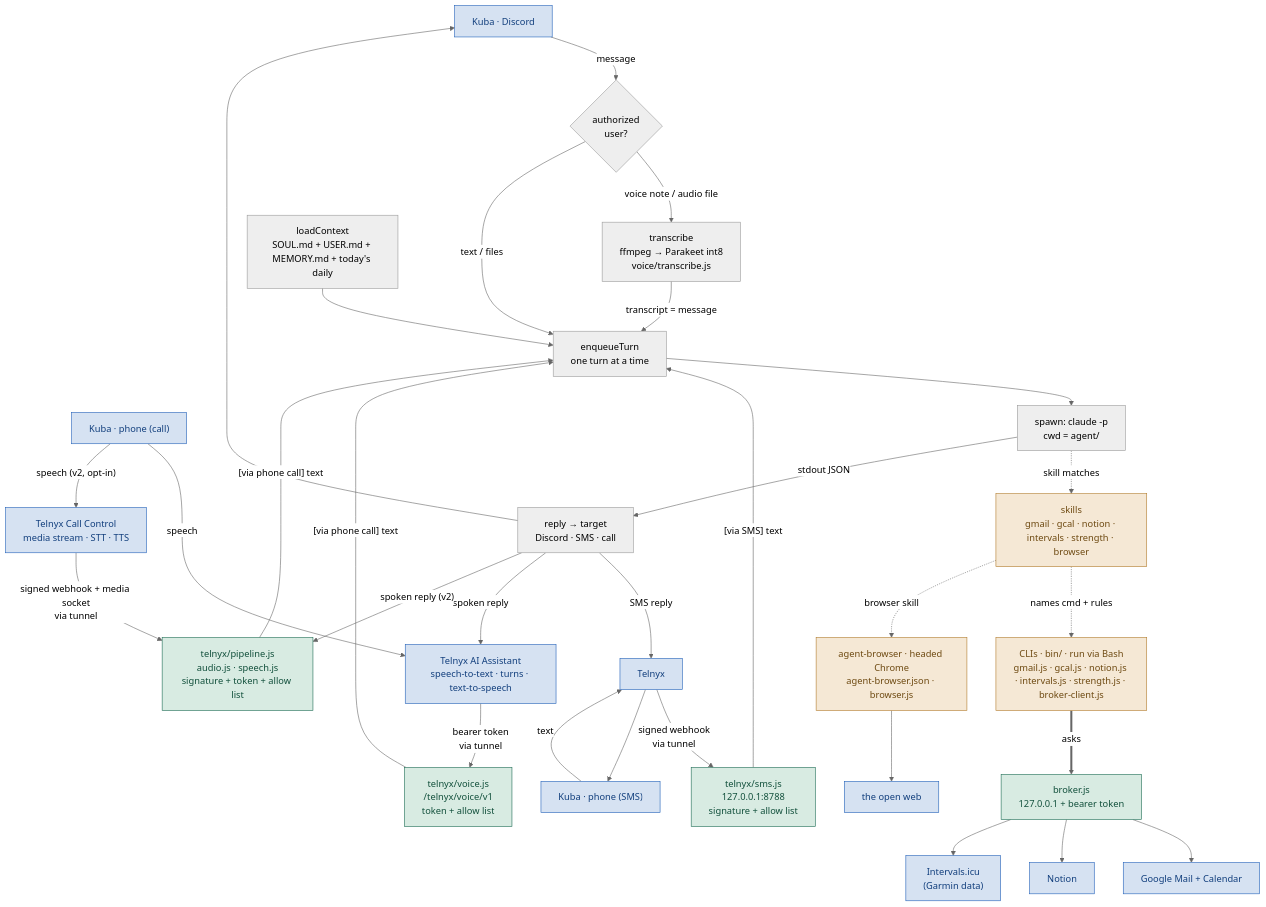
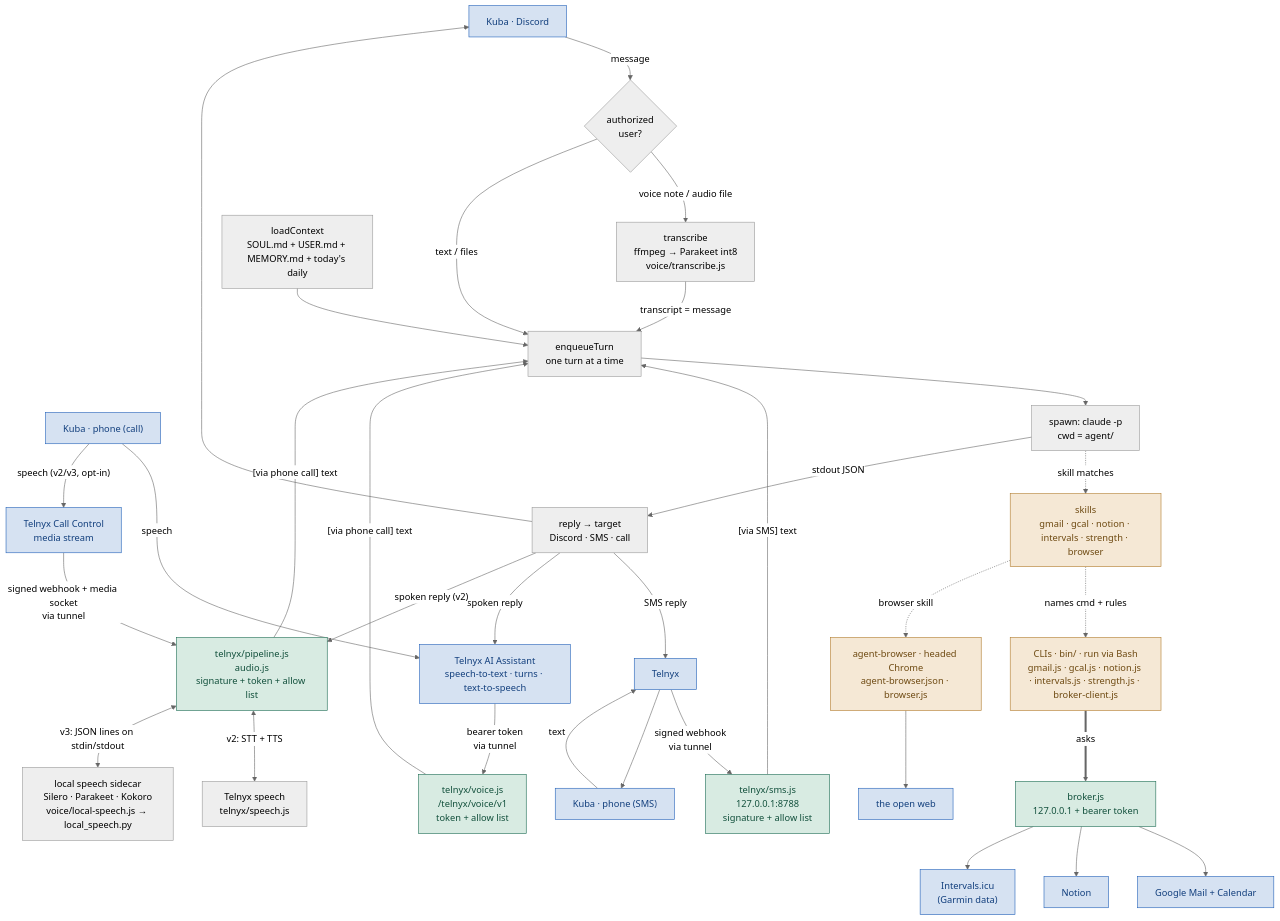
The first of 6 diagrams in SYSTEM-MAP.md (KubaJerz/alfred-node), drawn with Mermaid (neutral theme) before and after one commit. The commit also changed other lines of this file and 3 other files, not shown here.

First line of the commit message:
docs: add the v3 local speech design and a model self-test

````diff
--- a/SYSTEM-MAP.md
+++ b/SYSTEM-MAP.md
@@ -57,38 +57,40 @@
 ```mermaid
 flowchart TD
     U["Kuba · Discord"] -->|message| GATE{"authorized<br/>user?"}
     GATE -->|"voice note / audio file"| TR["transcribe<br/>ffmpeg → Parakeet int8<br/>voice/transcribe.js"]
     TR -->|"transcript = message"| Q
     GATE -->|"text / files"| Q["enqueueTurn<br/>one turn at a time"]
     PH["Kuba · phone (SMS)"] -->|text| TX["Telnyx"]
     TX -->|"signed webhook<br/>via tunnel"| WH["telnyx/sms.js<br/>127.0.0.1:8788<br/>signature + allow list"]
     WH -->|"[via SMS] text"| Q
     CALL["Kuba · phone (call)"] -->|speech| VA["Telnyx AI Assistant<br/>speech-to-text · turns · text-to-speech"]
     VA -->|"bearer token<br/>via tunnel"| VR["telnyx/voice.js<br/>/telnyx/voice/v1<br/>token + allow list"]
     VR -->|"[via phone call] text"| Q
-    CALL -->|"speech (v2, opt-in)"| CC["Telnyx Call Control<br/>media stream · STT · TTS"]
-    CC -->|"signed webhook + media socket<br/>via tunnel"| VP["telnyx/pipeline.js<br/>audio.js · speech.js<br/>signature + token + allow list"]
+    CALL -->|"speech (v2/v3, opt-in)"| CC["Telnyx Call Control<br/>media stream"]
+    CC -->|"signed webhook + media socket<br/>via tunnel"| VP["telnyx/pipeline.js<br/>audio.js<br/>signature + token + allow list"]
     VP -->|"[via phone call] text"| Q
+    VP <-->|"v2: STT + TTS"| TS["Telnyx speech<br/>telnyx/speech.js"]
+    VP <-->|"v3: JSON lines on stdin/stdout"| LS["local speech sidecar<br/>Silero · Parakeet · Kokoro<br/>voice/local-speech.js → local_speech.py"]
     CTX["loadContext<br/>SOUL.md + USER.md + MEMORY.md + today's daily"] --> Q
     Q --> SPAWN["spawn: claude -p<br/>cwd = agent/"]
     SPAWN -.->|"skill matches"| SK["skills<br/>gmail · gcal · notion · intervals · strength · browser"]
     SK -.->|"names cmd + rules"| CLIS["CLIs · bin/ · run via Bash<br/>gmail.js · gcal.js · notion.js · intervals.js · strength.js · broker-client.js"]
     CLIS ==>|"asks"| BR["broker.js<br/>127.0.0.1 + bearer token"]
     BR --> G["Google Mail + Calendar"]
     BR --> N["Notion"]
     BR --> I["Intervals.icu<br/>(Garmin data)"]
     SK -.->|"browser skill"| AB["agent-browser · headed Chrome<br/>agent-browser.json · browser.js"]
     AB --> WEB["the open web"]
     SPAWN -->|"stdout JSON"| R["reply → target<br/>Discord · SMS · call"]
     R --> U
     R -->|"SMS reply"| TX
     R -->|"spoken reply"| VA
     R -->|"spoken reply (v2)"| VP
     TX --> PH
     classDef external fill:#d6e2f2,stroke:#1f5fb8,color:#123f7d
     classDef gateway fill:#d8ebe2,stroke:#1b6b52,color:#12503c
     classDef stack fill:#f5e8d5,stroke:#b07a2a,color:#6e4a12
     class U,G,N,I,WEB,PH,TX,CALL,VA,CC external
     class BR,WH,VR,VP gateway
     class SK,CLIS,AB stack
 ```
````
